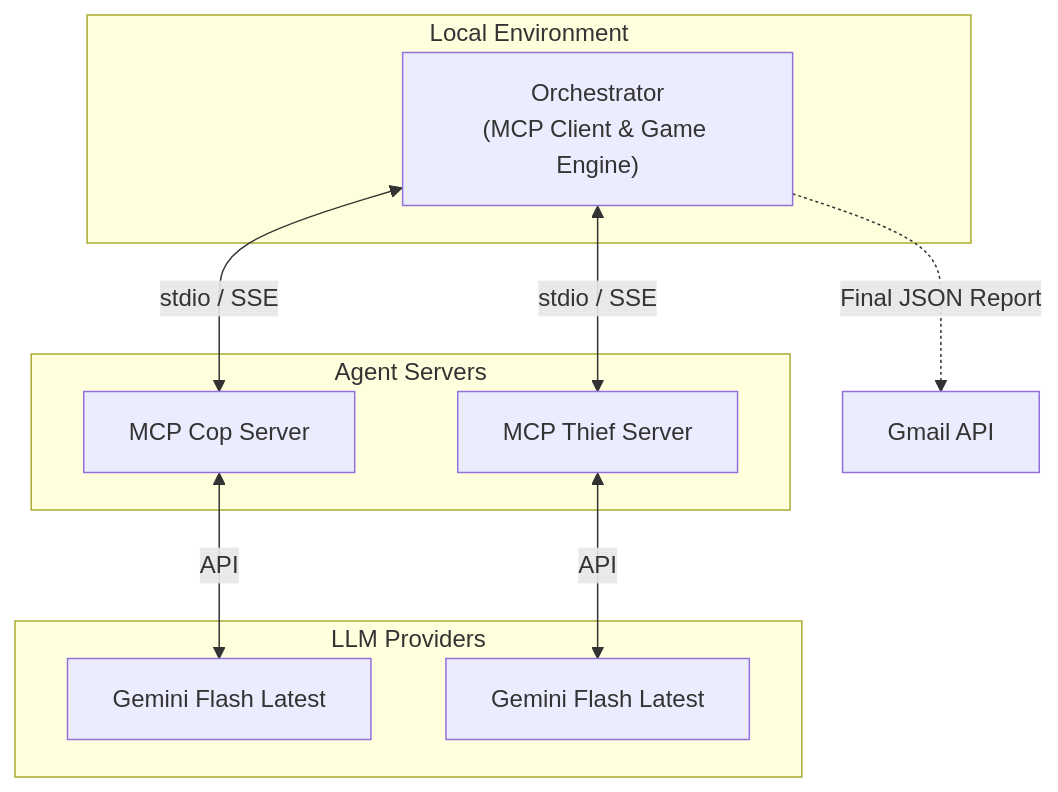
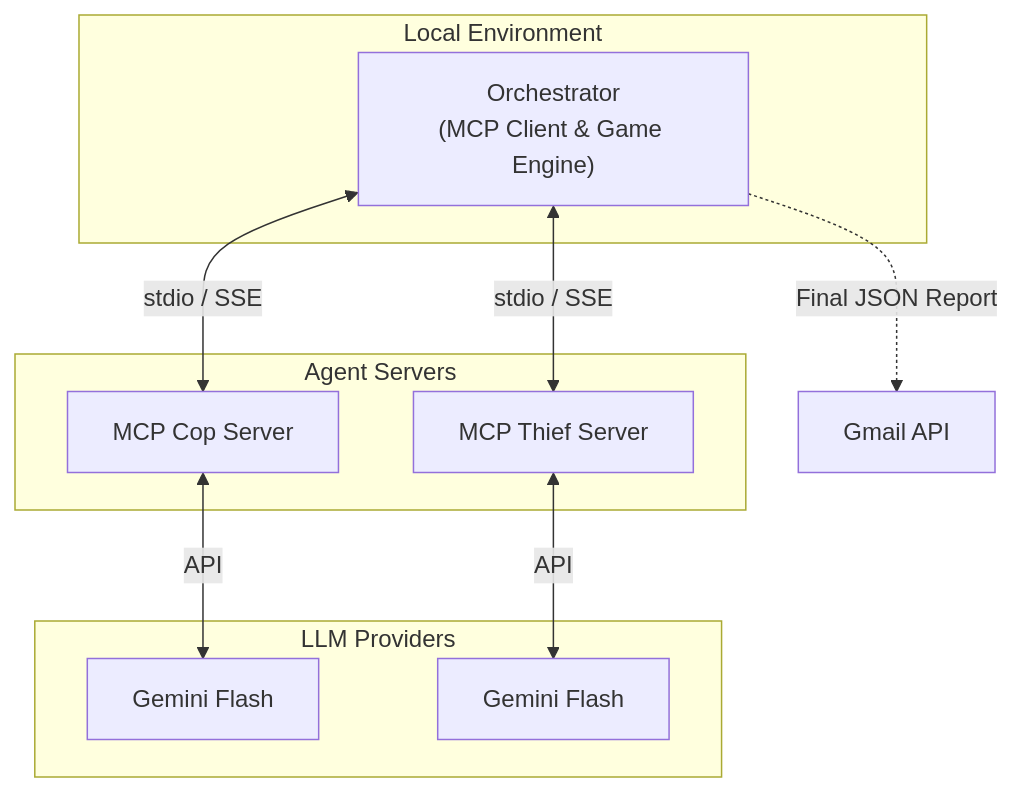
Before and after one commit to amaraqusai/HW6: the diagram in README.md, drawn with Mermaid. The commit also changed other lines of this file and 8 other files, not shown here.

````diff
--- a/README.md
+++ b/README.md
@@ -23,23 +25,23 @@
 ```mermaid
 graph TD
     subgraph Local Environment
         O["Orchestrator<br/>(MCP Client & Game Engine)"]
     end
 
     subgraph Agent Servers
         C[MCP Cop Server]
         T[MCP Thief Server]
     end
     
     subgraph LLM Providers
-        LLM1[Gemini Flash Latest]
-        LLM2[Gemini Flash Latest]
+        LLM1[Gemini Flash]
+        LLM2[Gemini Flash]
     end
 
     O <-->|stdio / SSE| C
     O <-->|stdio / SSE| T
     C <-->|API| LLM1
     T <-->|API| LLM2
     
     O -.->|Final JSON Report| G[Gmail API]
 ```
````
